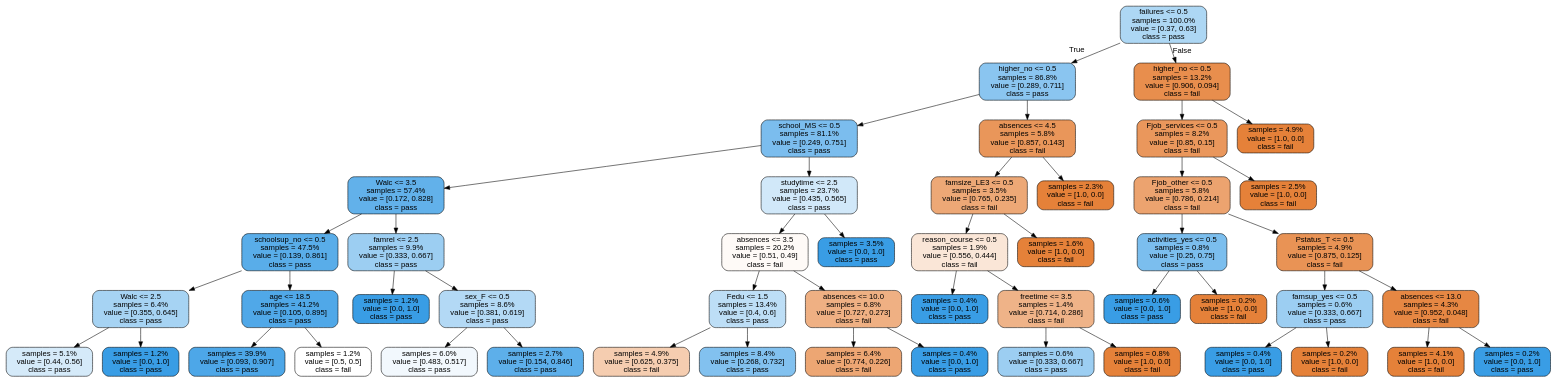
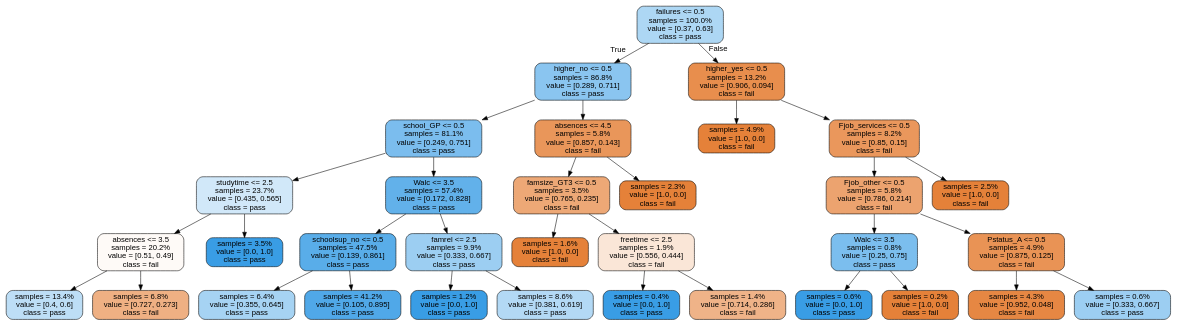
Before and after one commit to WesDeng/Recidivism_Exp: the diagram in sample_tree.dot, drawn with Graphviz. The commit also changed 3 other files, not shown here.

```diff
--- a/sample_tree.dot
+++ b/sample_tree.dot
@@ -1,101 +1,69 @@
 digraph Tree {
 node [shape=box, style="filled, rounded", color="black", fontname=helvetica] ;
 edge [fontname=helvetica] ;
 0 [label="failures <= 0.5\nsamples = 100.0%\nvalue = [0.37, 0.63]\nclass = pass", fillcolor="#add7f4"] ;
 1 [label="higher_no <= 0.5\nsamples = 86.8%\nvalue = [0.289, 0.711]\nclass = pass", fillcolor="#8ac5f0"] ;
 0 -> 1 [labeldistance=2.5, labelangle=45, headlabel="True"] ;
-2 [label="school_MS <= 0.5\nsamples = 81.1%\nvalue = [0.249, 0.751]\nclass = pass", fillcolor="#7bbdee"] ;
+2 [label="school_GP <= 0.5\nsamples = 81.1%\nvalue = [0.249, 0.751]\nclass = pass", fillcolor="#7bbdee"] ;
 1 -> 2 ;
-3 [label="Walc <= 3.5\nsamples = 57.4%\nvalue = [0.172, 0.828]\nclass = pass", fillcolor="#62b1ea"] ;
+3 [label="studytime <= 2.5\nsamples = 23.7%\nvalue = [0.435, 0.565]\nclass = pass", fillcolor="#d1e8f9"] ;
 2 -> 3 ;
-4 [label="schoolsup_no <= 0.5\nsamples = 47.5%\nvalue = [0.139, 0.861]\nclass = pass", fillcolor="#59ade9"] ;
+4 [label="absences <= 3.5\nsamples = 20.2%\nvalue = [0.51, 0.49]\nclass = fail", fillcolor="#fefaf7"] ;
 3 -> 4 ;
-5 [label="Walc <= 2.5\nsamples = 6.4%\nvalue = [0.355, 0.645]\nclass = pass", fillcolor="#a6d3f3"] ;
+5 [label="samples = 13.4%\nvalue = [0.4, 0.6]\nclass = pass", fillcolor="#bddef6"] ;
 4 -> 5 ;
-6 [label="samples = 5.1%\nvalue = [0.44, 0.56]\nclass = pass", fillcolor="#d5eaf9"] ;
-5 -> 6 ;
-7 [label="samples = 1.2%\nvalue = [0.0, 1.0]\nclass = pass", fillcolor="#399de5"] ;
-5 -> 7 ;
-8 [label="age <= 18.5\nsamples = 41.2%\nvalue = [0.105, 0.895]\nclass = pass", fillcolor="#50a8e8"] ;
-4 -> 8 ;
-9 [label="samples = 39.9%\nvalue = [0.093, 0.907]\nclass = pass", fillcolor="#4da7e8"] ;
+6 [label="samples = 6.8%\nvalue = [0.727, 0.273]\nclass = fail", fillcolor="#efb083"] ;
+4 -> 6 ;
+7 [label="samples = 3.5%\nvalue = [0.0, 1.0]\nclass = pass", fillcolor="#399de5"] ;
+3 -> 7 ;
+8 [label="Walc <= 3.5\nsamples = 57.4%\nvalue = [0.172, 0.828]\nclass = pass", fillcolor="#62b1ea"] ;
+2 -> 8 ;
+9 [label="schoolsup_no <= 0.5\nsamples = 47.5%\nvalue = [0.139, 0.861]\nclass = pass", fillcolor="#59ade9"] ;
 8 -> 9 ;
-10 [label="samples = 1.2%\nvalue = [0.5, 0.5]\nclass = fail", fillcolor="#ffffff"] ;
-8 -> 10 ;
-11 [label="famrel <= 2.5\nsamples = 9.9%\nvalue = [0.333, 0.667]\nclass = pass", fillcolor="#9ccef2"] ;
-3 -> 11 ;
-12 [label="samples = 1.2%\nvalue = [0.0, 1.0]\nclass = pass", fillcolor="#399de5"] ;
-11 -> 12 ;
-13 [label="sex_F <= 0.5\nsamples = 8.6%\nvalue = [0.381, 0.619]\nclass = pass", fillcolor="#b3d9f5"] ;
-11 -> 13 ;
-14 [label="samples = 6.0%\nvalue = [0.483, 0.517]\nclass = pass", fillcolor="#f2f8fd"] ;
-13 -> 14 ;
-15 [label="samples = 2.7%\nvalue = [0.154, 0.846]\nclass = pass", fillcolor="#5dafea"] ;
-13 -> 15 ;
-16 [label="studytime <= 2.5\nsamples = 23.7%\nvalue = [0.435, 0.565]\nclass = pass", fillcolor="#d1e8f9"] ;
-2 -> 16 ;
-17 [label="absences <= 3.5\nsamples = 20.2%\nvalue = [0.51, 0.49]\nclass = fail", fillcolor="#fefaf7"] ;
+10 [label="samples = 6.4%\nvalue = [0.355, 0.645]\nclass = pass", fillcolor="#a6d3f3"] ;
+9 -> 10 ;
+11 [label="samples = 41.2%\nvalue = [0.105, 0.895]\nclass = pass", fillcolor="#50a8e8"] ;
+9 -> 11 ;
+12 [label="famrel <= 2.5\nsamples = 9.9%\nvalue = [0.333, 0.667]\nclass = pass", fillcolor="#9ccef2"] ;
+8 -> 12 ;
+13 [label="samples = 1.2%\nvalue = [0.0, 1.0]\nclass = pass", fillcolor="#399de5"] ;
+12 -> 13 ;
+14 [label="samples = 8.6%\nvalue = [0.381, 0.619]\nclass = pass", fillcolor="#b3d9f5"] ;
+12 -> 14 ;
+15 [label="absences <= 4.5\nsamples = 5.8%\nvalue = [0.857, 0.143]\nclass = fail", fillcolor="#e9965a"] ;
+1 -> 15 ;
+16 [label="famsize_GT3 <= 0.5\nsamples = 3.5%\nvalue = [0.765, 0.235]\nclass = fail", fillcolor="#eda876"] ;
+15 -> 16 ;
+17 [label="samples = 1.6%\nvalue = [1.0, 0.0]\nclass = fail", fillcolor="#e58139"] ;
 16 -> 17 ;
-18 [label="Fedu <= 1.5\nsamples = 13.4%\nvalue = [0.4, 0.6]\nclass = pass", fillcolor="#bddef6"] ;
-17 -> 18 ;
-19 [label="samples = 4.9%\nvalue = [0.625, 0.375]\nclass = fail", fillcolor="#f5cdb0"] ;
+18 [label="freetime <= 2.5\nsamples = 1.9%\nvalue = [0.556, 0.444]\nclass = fail", fillcolor="#fae6d7"] ;
+16 -> 18 ;
+19 [label="samples = 0.4%\nvalue = [0.0, 1.0]\nclass = pass", fillcolor="#399de5"] ;
 18 -> 19 ;
-20 [label="samples = 8.4%\nvalue = [0.268, 0.732]\nclass = pass", fillcolor="#82c1ef"] ;
+20 [label="samples = 1.4%\nvalue = [0.714, 0.286]\nclass = fail", fillcolor="#efb388"] ;
 18 -> 20 ;
-21 [label="absences <= 10.0\nsamples = 6.8%\nvalue = [0.727, 0.273]\nclass = fail", fillcolor="#efb083"] ;
-17 -> 21 ;
-22 [label="samples = 6.4%\nvalue = [0.774, 0.226]\nclass = fail", fillcolor="#eda673"] ;
-21 -> 22 ;
-23 [label="samples = 0.4%\nvalue = [0.0, 1.0]\nclass = pass", fillcolor="#399de5"] ;
-21 -> 23 ;
-24 [label="samples = 3.5%\nvalue = [0.0, 1.0]\nclass = pass", fillcolor="#399de5"] ;
-16 -> 24 ;
-25 [label="absences <= 4.5\nsamples = 5.8%\nvalue = [0.857, 0.143]\nclass = fail", fillcolor="#e9965a"] ;
-1 -> 25 ;
-26 [label="famsize_LE3 <= 0.5\nsamples = 3.5%\nvalue = [0.765, 0.235]\nclass = fail", fillcolor="#eda876"] ;
+21 [label="samples = 2.3%\nvalue = [1.0, 0.0]\nclass = fail", fillcolor="#e58139"] ;
+15 -> 21 ;
+22 [label="higher_yes <= 0.5\nsamples = 13.2%\nvalue = [0.906, 0.094]\nclass = fail", fillcolor="#e88e4d"] ;
+0 -> 22 [labeldistance=2.5, labelangle=-45, headlabel="False"] ;
+23 [label="samples = 4.9%\nvalue = [1.0, 0.0]\nclass = fail", fillcolor="#e58139"] ;
+22 -> 23 ;
+24 [label="Fjob_services <= 0.5\nsamples = 8.2%\nvalue = [0.85, 0.15]\nclass = fail", fillcolor="#ea975c"] ;
+22 -> 24 ;
+25 [label="Fjob_other <= 0.5\nsamples = 5.8%\nvalue = [0.786, 0.214]\nclass = fail", fillcolor="#eca36f"] ;
+24 -> 25 ;
+26 [label="Walc <= 3.5\nsamples = 0.8%\nvalue = [0.25, 0.75]\nclass = pass", fillcolor="#7bbeee"] ;
 25 -> 26 ;
-27 [label="reason_course <= 0.5\nsamples = 1.9%\nvalue = [0.556, 0.444]\nclass = fail", fillcolor="#fae6d7"] ;
+27 [label="samples = 0.6%\nvalue = [0.0, 1.0]\nclass = pass", fillcolor="#399de5"] ;
 26 -> 27 ;
-28 [label="samples = 0.4%\nvalue = [0.0, 1.0]\nclass = pass", fillcolor="#399de5"] ;
-27 -> 28 ;
-29 [label="freetime <= 3.5\nsamples = 1.4%\nvalue = [0.714, 0.286]\nclass = fail", fillcolor="#efb388"] ;
-27 -> 29 ;
-30 [label="samples = 0.6%\nvalue = [0.333, 0.667]\nclass = pass", fillcolor="#9ccef2"] ;
+28 [label="samples = 0.2%\nvalue = [1.0, 0.0]\nclass = fail", fillcolor="#e58139"] ;
+26 -> 28 ;
+29 [label="Pstatus_A <= 0.5\nsamples = 4.9%\nvalue = [0.875, 0.125]\nclass = fail", fillcolor="#e99355"] ;
+25 -> 29 ;
+30 [label="samples = 4.3%\nvalue = [0.952, 0.048]\nclass = fail", fillcolor="#e68743"] ;
 29 -> 30 ;
-31 [label="samples = 0.8%\nvalue = [1.0, 0.0]\nclass = fail", fillcolor="#e58139"] ;
+31 [label="samples = 0.6%\nvalue = [0.333, 0.667]\nclass = pass", fillcolor="#9ccef2"] ;
 29 -> 31 ;
-32 [label="samples = 1.6%\nvalue = [1.0, 0.0]\nclass = fail", fillcolor="#e58139"] ;
-26 -> 32 ;
-33 [label="samples = 2.3%\nvalue = [1.0, 0.0]\nclass = fail", fillcolor="#e58139"] ;
-25 -> 33 ;
-34 [label="higher_no <= 0.5\nsamples = 13.2%\nvalue = [0.906, 0.094]\nclass = fail", fillcolor="#e88e4d"] ;
-0 -> 34 [labeldistance=2.5, labelangle=-45, headlabel="False"] ;
-35 [label="Fjob_services <= 0.5\nsamples = 8.2%\nvalue = [0.85, 0.15]\nclass = fail", fillcolor="#ea975c"] ;
-34 -> 35 ;
-36 [label="Fjob_other <= 0.5\nsamples = 5.8%\nvalue = [0.786, 0.214]\nclass = fail", fillcolor="#eca36f"] ;
-35 -> 36 ;
-37 [label="activities_yes <= 0.5\nsamples = 0.8%\nvalue = [0.25, 0.75]\nclass = pass", fillcolor="#7bbeee"] ;
-36 -> 37 ;
-38 [label="samples = 0.6%\nvalue = [0.0, 1.0]\nclass = pass", fillcolor="#399de5"] ;
-37 -> 38 ;
-39 [label="samples = 0.2%\nvalue = [1.0, 0.0]\nclass = fail", fillcolor="#e58139"] ;
-37 -> 39 ;
-40 [label="Pstatus_T <= 0.5\nsamples = 4.9%\nvalue = [0.875, 0.125]\nclass = fail", fillcolor="#e99355"] ;
-36 -> 40 ;
-41 [label="famsup_yes <= 0.5\nsamples = 0.6%\nvalue = [0.333, 0.667]\nclass = pass", fillcolor="#9ccef2"] ;
-40 -> 41 ;
-42 [label="samples = 0.4%\nvalue = [0.0, 1.0]\nclass = pass", fillcolor="#399de5"] ;
-41 -> 42 ;
-43 [label="samples = 0.2%\nvalue = [1.0, 0.0]\nclass = fail", fillcolor="#e58139"] ;
-41 -> 43 ;
-44 [label="absences <= 13.0\nsamples = 4.3%\nvalue = [0.952, 0.048]\nclass = fail", fillcolor="#e68743"] ;
-40 -> 44 ;
-45 [label="samples = 4.1%\nvalue = [1.0, 0.0]\nclass = fail", fillcolor="#e58139"] ;
-44 -> 45 ;
-46 [label="samples = 0.2%\nvalue = [0.0, 1.0]\nclass = pass", fillcolor="#399de5"] ;
-44 -> 46 ;
-47 [label="samples = 2.5%\nvalue = [1.0, 0.0]\nclass = fail", fillcolor="#e58139"] ;
-35 -> 47 ;
-48 [label="samples = 4.9%\nvalue = [1.0, 0.0]\nclass = fail", fillcolor="#e58139"] ;
-34 -> 48 ;
+32 [label="samples = 2.5%\nvalue = [1.0, 0.0]\nclass = fail", fillcolor="#e58139"] ;
+24 -> 32 ;
 }
```
